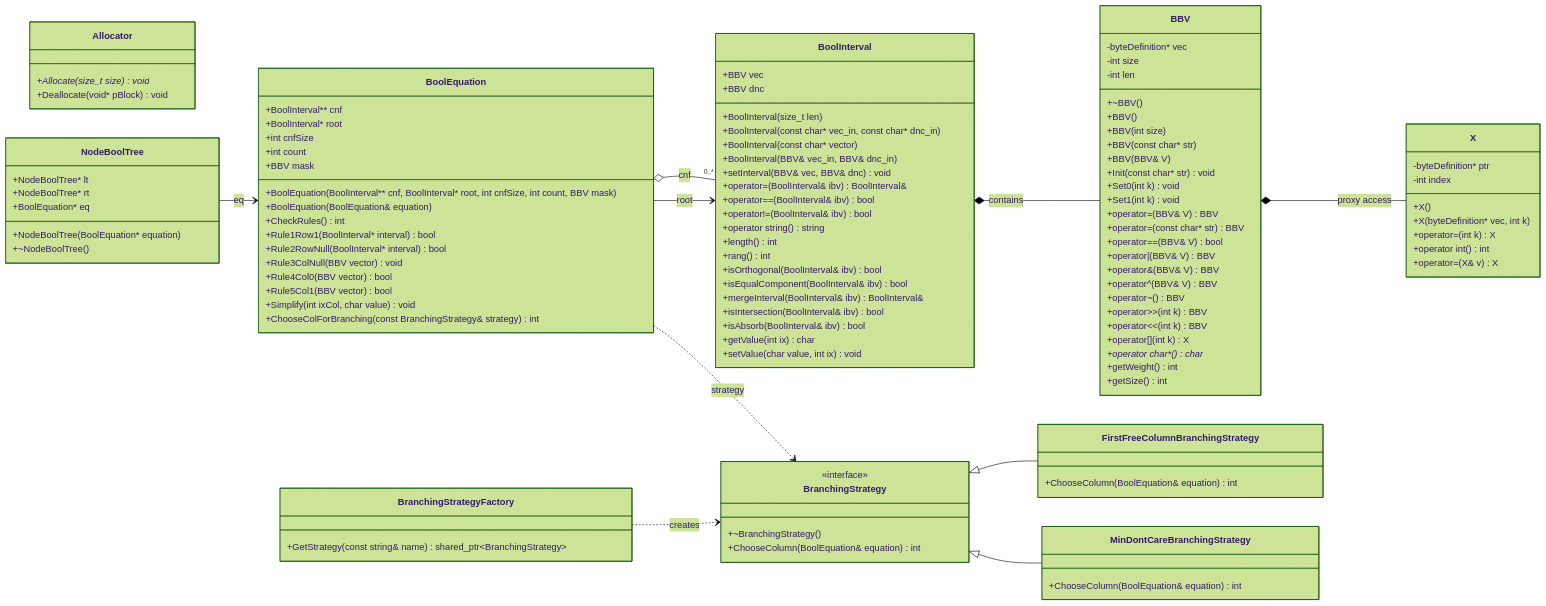
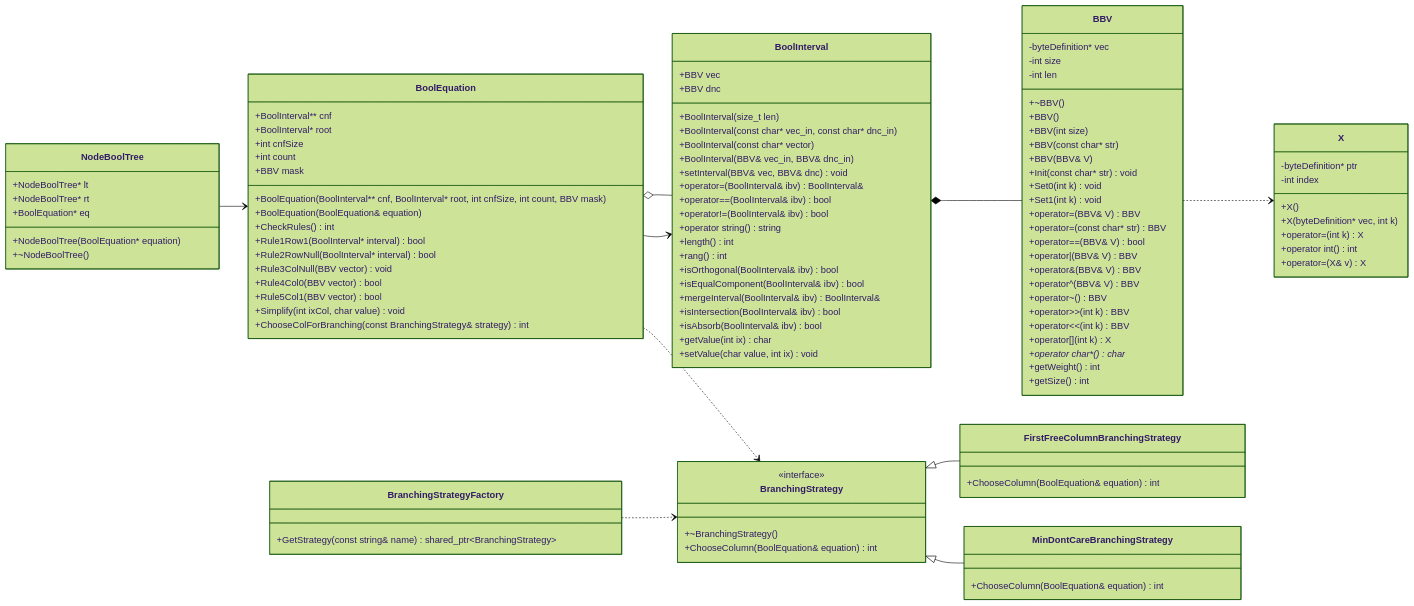
The diagram in README.md (artoshechka/development_of_information_security_tools_lab_2), drawn with Mermaid (forest theme) before and after one commit.

````diff
--- a/README.md
+++ b/README.md
@@ -18,11 +18,6 @@
 ```mermaid
 classDiagram
 direction LR
-
-class Allocator {
-	+Allocate(size_t size) void*
-	+Deallocate(void* pBlock) void
-}
 class X {
 	-byteDefinition* ptr
 	-int index
@@ -119,13 +114,13 @@
 	+BoolEquation* eq
 }
 
-BBV *-- X : proxy access
-BoolInterval *-- BBV : contains
-BoolEquation o-- "0..*" BoolInterval : cnf
-BoolEquation --> BoolInterval : root
-BoolEquation ..> BranchingStrategy : strategy
+BBV ..> X
+BoolInterval *-- BBV
+BoolEquation o--  BoolInterval
+BoolEquation --> BoolInterval
+BoolEquation ..> BranchingStrategy
 BranchingStrategy <|-- FirstFreeColumnBranchingStrategy
 BranchingStrategy <|-- MinDontCareBranchingStrategy
-BranchingStrategyFactory ..> BranchingStrategy : creates
-NodeBoolTree --> BoolEquation : eq
+BranchingStrategyFactory ..> BranchingStrategy 
+NodeBoolTree --> BoolEquation
 ```
````
